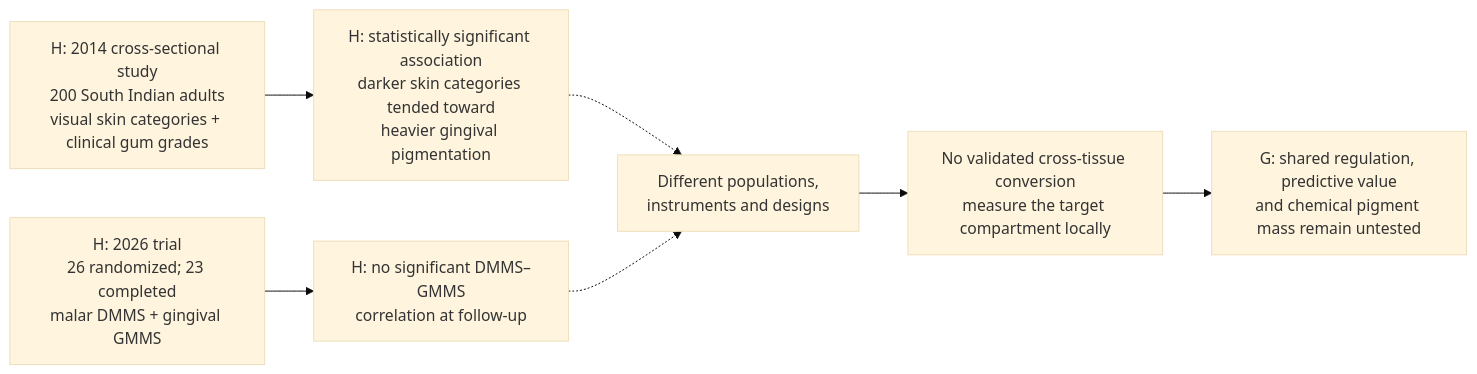
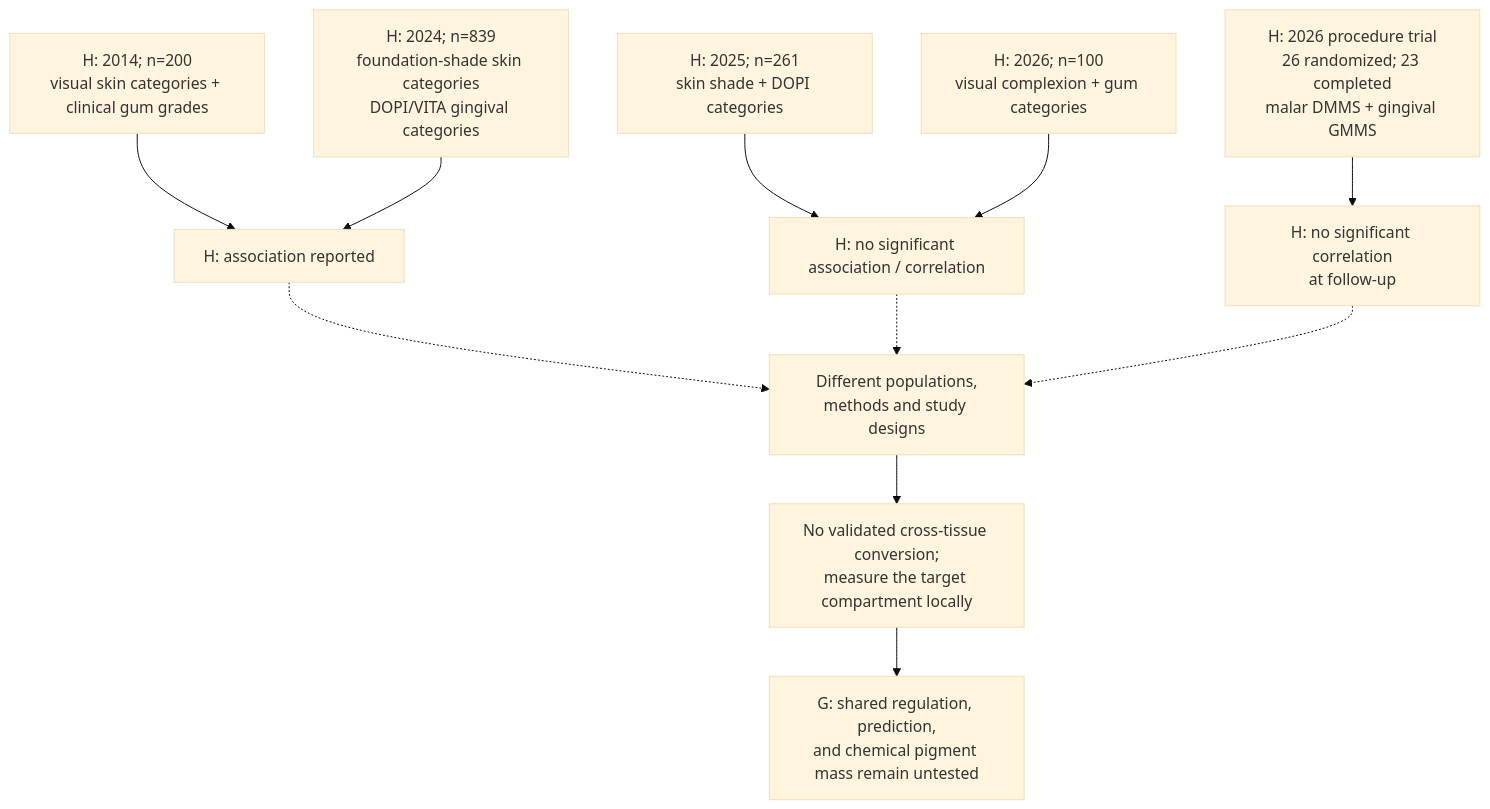
Before and after one commit to dylanstechmann/iris-color-without-contacts: diagram 22 of 57 in research/tissue-pigment-atlas.md, drawn with Mermaid (base theme). The commit also changed other lines of this file, not shown here.

Commit message:
Expand skin–gingiva comparison and diagram

````diff
--- a/research/tissue-pigment-atlas.md
+++ b/research/tissue-pigment-atlas.md
@@ -612,9 +614,13 @@
 ```mermaid
-flowchart LR
-    S14["H: 2014 cross-sectional study<br/>200 South Indian adults<br/>visual skin categories + clinical gum grades"] --> POS["H: statistically significant association<br/>darker skin categories tended toward<br/>heavier gingival pigmentation"]
-    D26["H: 2026 trial<br/>26 randomized; 23 completed<br/>malar DMMS + gingival GMMS"] --> NULL["H: no significant DMMS–GMMS<br/>correlation at follow-up"]
-    POS -.-> Q["Different populations,<br/>instruments and designs"]
-    NULL -.-> Q
-    Q --> LOCAL["No validated cross-tissue conversion<br/>measure the target compartment locally"]
-    LOCAL --> G["G: shared regulation, predictive value<br/>and chemical pigment mass remain untested"]
+flowchart TD
+    P14["H: 2014; n=200<br/>visual skin categories + clinical gum grades"] --> POS["H: association reported"]
+    K24["H: 2024; n=839<br/>foundation-shade skin categories<br/>DOPI/VITA gingival categories"] --> POS
+    J25["H: 2025; n=261<br/>skin shade + DOPI categories"] --> NULL["H: no significant association / correlation"]
+    C26["H: 2026; n=100<br/>visual complexion + gum categories"] --> NULL
+    D26["H: 2026 procedure trial<br/>26 randomized; 23 completed<br/>malar DMMS + gingival GMMS"] --> NULL2["H: no significant correlation<br/>at follow-up"]
+    POS -.-> MIX["Different populations,<br/>methods and study designs"]
+    NULL -.-> MIX
+    NULL2 -.-> MIX
+    MIX --> LOCAL["No validated cross-tissue conversion;<br/>measure the target compartment locally"]
+    LOCAL --> G["G: shared regulation, prediction,<br/>and chemical pigment mass remain untested"]
 ```
````
